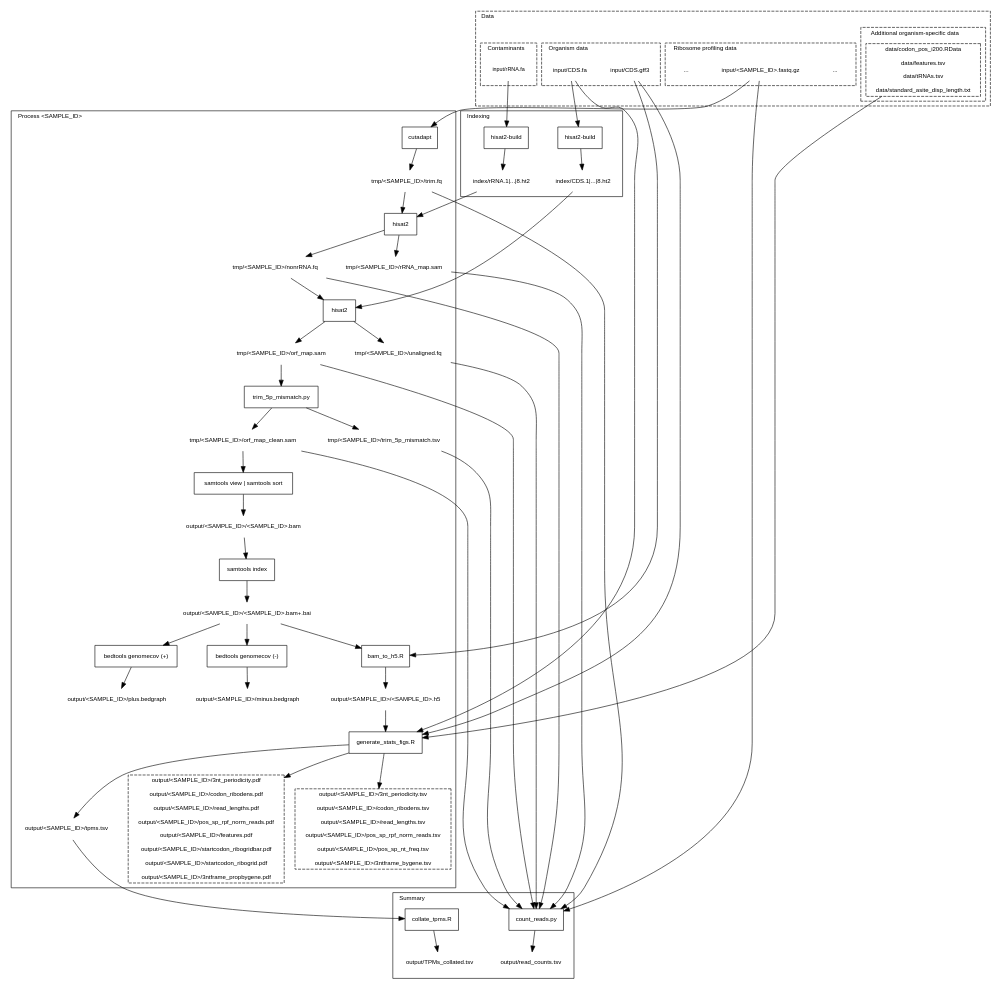
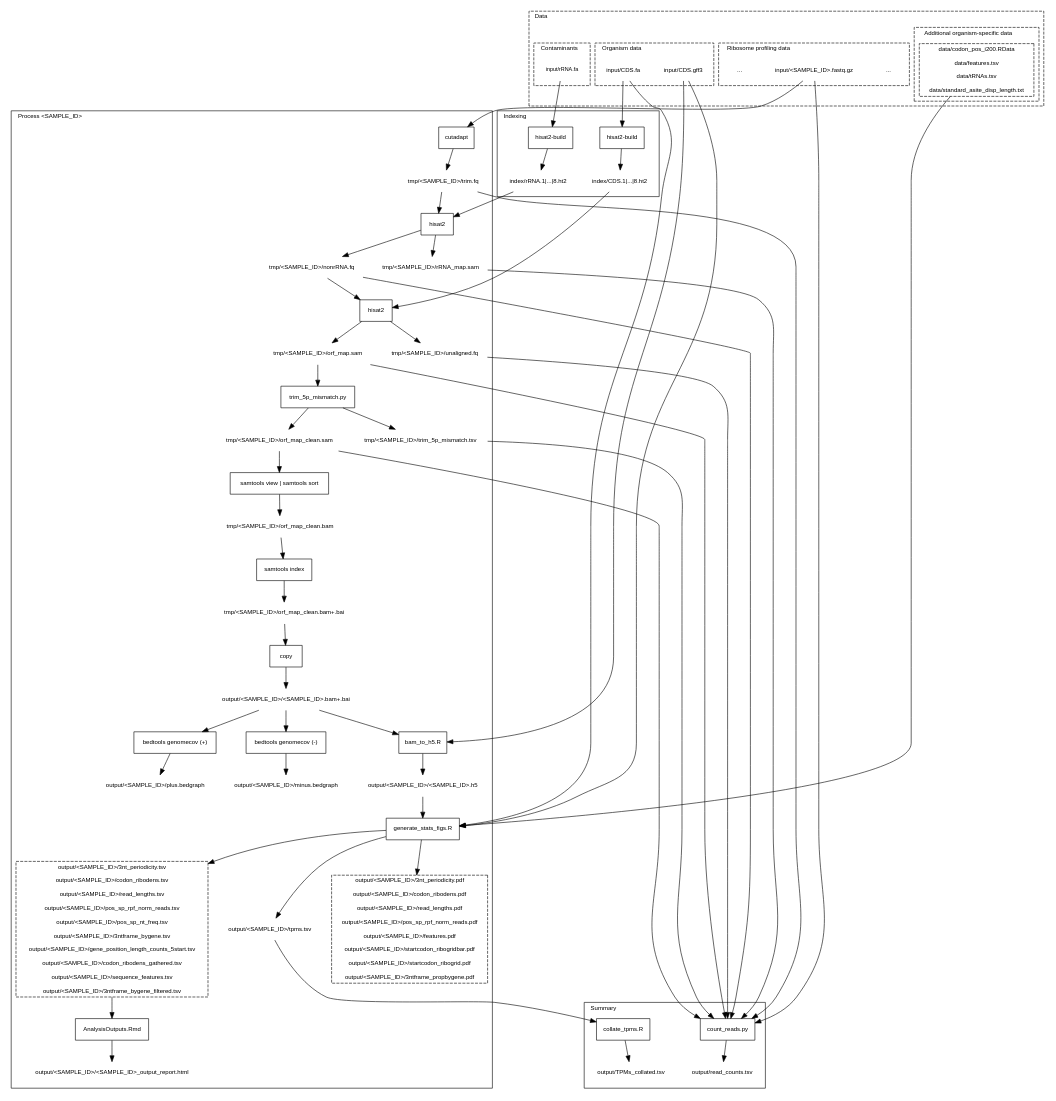
Before and after one commit to riboviz/riboviz: the diagram in docs/images/workflow.dot, drawn with Graphviz. The commit also changed 5 other files, not shown here.

```diff
--- a/docs/images/workflow.dot
+++ b/docs/images/workflow.dot
@@ -1,172 +1,185 @@
 digraph G {
   graph [ fontname=Helvetica, fontsize=10, compound=true ]
   node [ fontname=Helvetica, fontsize=10 ]
   edge [ fontname=Helvetica, fontsize=10 ]
 
   subgraph cluster_data {
     label = "Data"
     labeljust = "l"
     style = dashed
 
     subgraph cluster_organism {
       label = "Organism data"
       labeljust = "l"
       style = dashed
 
       "input/CDS.fa"  [shape=plaintext]
       "input/CDS.gff3" [shape=plaintext]
     }
 
     subgraph cluster_contaminants {
       label = "Contaminants"
       labeljust = "l"
       style = dashed
 
       "input/rRNA.fa"  [shape=plaintext, fontsize=9]
     }
 
     subgraph cluster_additional_organism {
       label = "Additional organism-specific data"
       labeljust = "l"
       style = dashed
 
       data [label="data/codon_pos_i200.RData\n
 data/features.tsv\n
 data/tRNAs.tsv\n
 data/standard_asite_disp_length.txt"] [shape=box, style=dashed]
     }
 
     subgraph cluster_ribosome {
       label = "Ribosome profiling data"
       labeljust = "l"
       style = dashed
 
       ribosome_data0toI [label="..."] [shape=plaintext]
       "input/<SAMPLE_ID>.fastq.gz" [shape=plaintext]
       ribosome_dataItoN [label="..."] [shape=plaintext]
     }
   }
   
   subgraph cluster_indexing {
     label = "Indexing"
     labeljust = "l"
 
     h2build1 [label="hisat2-build"] [shape=box]
     h2build2 [label="hisat2-build"] [shape=box]
 
     "index/rRNA.1|...|8.ht2" [shape=plaintext]
     "index/CDS.1|...|8.ht2" [shape=plaintext]
 
     "input/rRNA.fa" -> h2build1 -> "index/rRNA.1|...|8.ht2"
     "input/CDS.fa" -> h2build2 -> "index/CDS.1|...|8.ht2"
   }
 
   subgraph cluster_per_sample_processing {
     label = "Process <SAMPLE_ID>"
     labeljust = "l"
 
     cut [label="cutadapt"] [shape=box]
     h21 [label="hisat2"] [shape=box]
     h22 [label="hisat2"] [shape=box]
     samindex [label="samtools index"] [shape=box]
     samview [label="samtools view | samtools sort"] [shape=box]
     trim [label="trim_5p_mismatch.py"] [shape=box]
     bedplus [label="bedtools genomecov (+)"] [shape=box]
     bedminus [label="bedtools genomecov (-)"] [shape=box]
     bam2h5 [label="bam_to_h5.R"] [shape=box]
+    copy [label="copy"] [shape=box]
     statsfigs [label="generate_stats_figs.R"] [shape=box]
+    staticHTML [label="AnalysisOutputs.Rmd"] [shape=box]
 
     "tmp/<SAMPLE_ID>/trim.fq" [shape=plaintext]
     "tmp/<SAMPLE_ID>/rRNA_map.sam" [shape=plaintext]
     "tmp/<SAMPLE_ID>/nonrRNA.fq" [shape=plaintext]
     "tmp/<SAMPLE_ID>/unaligned.fq" [shape=plaintext]
     "tmp/<SAMPLE_ID>/orf_map.sam" [shape=plaintext]
     "tmp/<SAMPLE_ID>/trim_5p_mismatch.tsv" [shape=plaintext]
     "tmp/<SAMPLE_ID>/orf_map_clean.sam" [shape=plaintext]
-    "output/<SAMPLE_ID>/<SAMPLE_ID>.bam" [shape=plaintext]
+    "tmp/<SAMPLE_ID>/orf_map_clean.bam" [shape=plaintext]
+    "tmp/<SAMPLE_ID>/orf_map_clean.bam+.bai" [shape=plaintext]
     "output/<SAMPLE_ID>/<SAMPLE_ID>.bam+.bai" [shape=plaintext]
     "output/<SAMPLE_ID>/plus.bedgraph" [shape=plaintext]
     "output/<SAMPLE_ID>/minus.bedgraph" [shape=plaintext]
     "output/<SAMPLE_ID>/<SAMPLE_ID>.h5" [shape=plaintext]
 
     pdfs [label="output/<SAMPLE_ID>/3nt_periodicity.pdf\n
 output/<SAMPLE_ID>/codon_ribodens.pdf\n
 output/<SAMPLE_ID>/read_lengths.pdf\n
 output/<SAMPLE_ID>/pos_sp_rpf_norm_reads.pdf\n
 output/<SAMPLE_ID>/features.pdf\n
 output/<SAMPLE_ID>/startcodon_ribogridbar.pdf\n
 output/<SAMPLE_ID>/startcodon_ribogrid.pdf\n
 output/<SAMPLE_ID>/3ntframe_propbygene.pdf
 "] [shape=box, style=dashed]
 
     tsvs [label="output/<SAMPLE_ID>/3nt_periodicity.tsv\n
 output/<SAMPLE_ID>/codon_ribodens.tsv\n
 output/<SAMPLE_ID>/read_lengths.tsv\n
 output/<SAMPLE_ID>/pos_sp_rpf_norm_reads.tsv\n
 output/<SAMPLE_ID>/pos_sp_nt_freq.tsv\n
-output/<SAMPLE_ID>/3ntframe_bygene.tsv
+output/<SAMPLE_ID>/3ntframe_bygene.tsv\n
+output/<SAMPLE_ID>/gene_position_length_counts_5start.tsv\n
+output/<SAMPLE_ID>/codon_ribodens_gathered.tsv\n
+output/<SAMPLE_ID>/sequence_features.tsv\n
+output/<SAMPLE_ID>/3ntframe_bygene_filtered.tsv
 "] [shape=box, style=dashed]
 
+    "output/<SAMPLE_ID>/<SAMPLE_ID>_output_report.html" [shape=plaintext]
     "output/<SAMPLE_ID>/tpms.tsv" [shape=plaintext]
 
     "input/<SAMPLE_ID>.fastq.gz" -> cut -> "tmp/<SAMPLE_ID>/trim.fq"
 
     "tmp/<SAMPLE_ID>/trim.fq" -> h21
     "index/rRNA.1|...|8.ht2" -> h21
     h21 -> "tmp/<SAMPLE_ID>/rRNA_map.sam"
     h21 -> "tmp/<SAMPLE_ID>/nonrRNA.fq"
 
     "index/CDS.1|...|8.ht2" -> h22
     "tmp/<SAMPLE_ID>/nonrRNA.fq" -> h22
     h22 -> "tmp/<SAMPLE_ID>/unaligned.fq"
     h22 -> "tmp/<SAMPLE_ID>/orf_map.sam"
 
     "tmp/<SAMPLE_ID>/orf_map.sam" -> trim 
     trim -> "tmp/<SAMPLE_ID>/orf_map_clean.sam"
     trim -> "tmp/<SAMPLE_ID>/trim_5p_mismatch.tsv"
 
-    "tmp/<SAMPLE_ID>/orf_map_clean.sam" -> samview -> "output/<SAMPLE_ID>/<SAMPLE_ID>.bam"
-    "output/<SAMPLE_ID>/<SAMPLE_ID>.bam" -> samindex
-    samindex -> "output/<SAMPLE_ID>/<SAMPLE_ID>.bam+.bai"
+    "tmp/<SAMPLE_ID>/orf_map_clean.sam" -> samview -> "tmp/<SAMPLE_ID>/orf_map_clean.bam"
+    "tmp/<SAMPLE_ID>/orf_map_clean.bam" -> samindex
+    samindex -> "tmp/<SAMPLE_ID>/orf_map_clean.bam+.bai"
+
+    "tmp/<SAMPLE_ID>/orf_map_clean.bam+.bai" -> copy -> "output/<SAMPLE_ID>/<SAMPLE_ID>.bam+.bai"
 
     "output/<SAMPLE_ID>/<SAMPLE_ID>.bam+.bai" -> bedplus -> "output/<SAMPLE_ID>/plus.bedgraph"
     "output/<SAMPLE_ID>/<SAMPLE_ID>.bam+.bai" -> bedminus -> "output/<SAMPLE_ID>/minus.bedgraph"
 
     "output/<SAMPLE_ID>/<SAMPLE_ID>.bam+.bai" -> bam2h5
     "input/CDS.gff3" -> bam2h5
     bam2h5 -> "output/<SAMPLE_ID>/<SAMPLE_ID>.h5"
 
     "output/<SAMPLE_ID>/<SAMPLE_ID>.h5" -> statsfigs
     "input/CDS.fa" -> statsfigs
     "input/CDS.gff3" -> statsfigs
     data -> statsfigs
 
     statsfigs -> pdfs
     statsfigs -> tsvs
     statsfigs -> "output/<SAMPLE_ID>/tpms.tsv"
+
+    tsvs -> staticHTML
+    staticHTML -> "output/<SAMPLE_ID>/<SAMPLE_ID>_output_report.html"
   }
 
   subgraph cluster_summary {
     label = "Summary"
     labeljust = "l"
 
     collate [label="collate_tpms.R"] [shape=box]
     count_reads [label="count_reads.py"] [shape=box]
 
     "output/TPMs_collated.tsv" [shape=plaintext]
     "output/read_counts.tsv" [shape=plaintext]
 
     "output/<SAMPLE_ID>/tpms.tsv" -> collate
     collate -> "output/TPMs_collated.tsv"
 
     "input/<SAMPLE_ID>.fastq.gz" -> count_reads
     "tmp/<SAMPLE_ID>/trim.fq" -> count_reads
     "tmp/<SAMPLE_ID>/rRNA_map.sam" -> count_reads
     "tmp/<SAMPLE_ID>/nonrRNA.fq" -> count_reads
     "tmp/<SAMPLE_ID>/unaligned.fq" -> count_reads
     "tmp/<SAMPLE_ID>/orf_map.sam" -> count_reads
     "tmp/<SAMPLE_ID>/trim_5p_mismatch.tsv" -> count_reads
     "tmp/<SAMPLE_ID>/orf_map_clean.sam" -> count_reads
     count_reads -> "output/read_counts.tsv"
   }
 }
```
